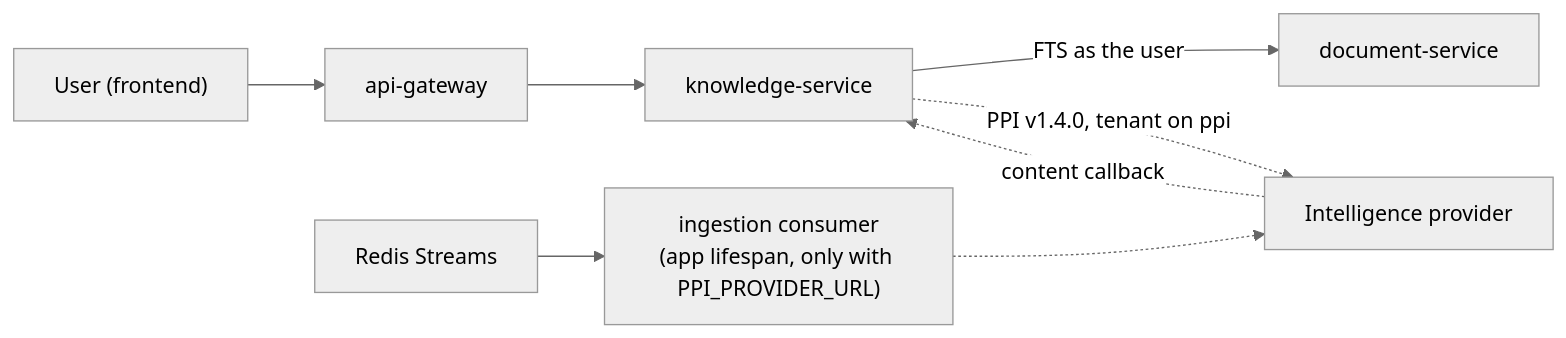
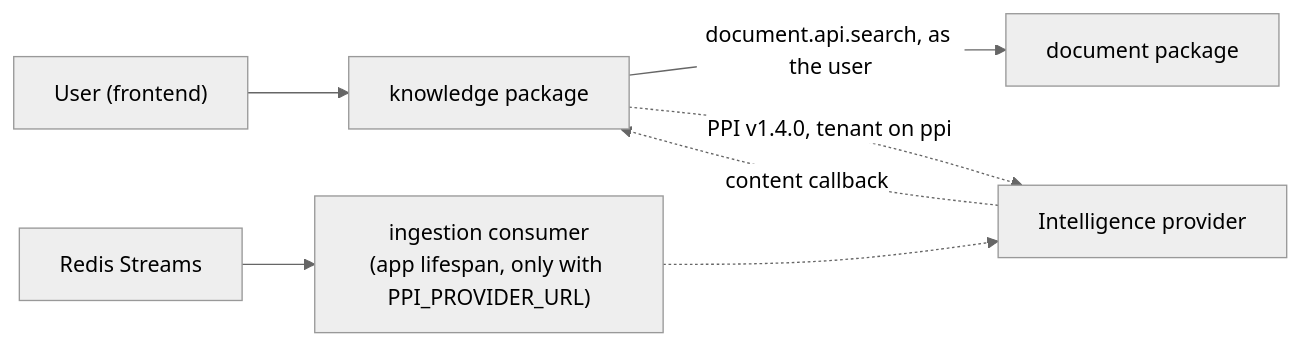
The fifth of 5 diagrams in ARCHITECTURE.md (camilo1rp/docuboto), drawn with Mermaid (neutral theme) before and after one commit. The commit also changed other lines of this file and 19 other files, not shown here.

````diff
--- a/ARCHITECTURE.md
+++ b/ARCHITECTURE.md
@@ -401,8 +404,8 @@
 ```mermaid
 graph LR
-    U["User (frontend)"] --> GW["api-gateway"] --> K["knowledge-service"]
-    K -->|"FTS as the user"| DOC["document-service"]
+    U["User (frontend)"] --> K["knowledge package"]
+    K -->|"document.api.search, as the user"| DOC["document package"]
     K -.->|"PPI v1.4.0, tenant on ppi"| P["Intelligence provider"]
     Q["Redis Streams"] --> C["ingestion consumer<br/>(app lifespan, only with PPI_PROVIDER_URL)"] -.-> P
     P -.->|"content callback"| K
 ```
````
